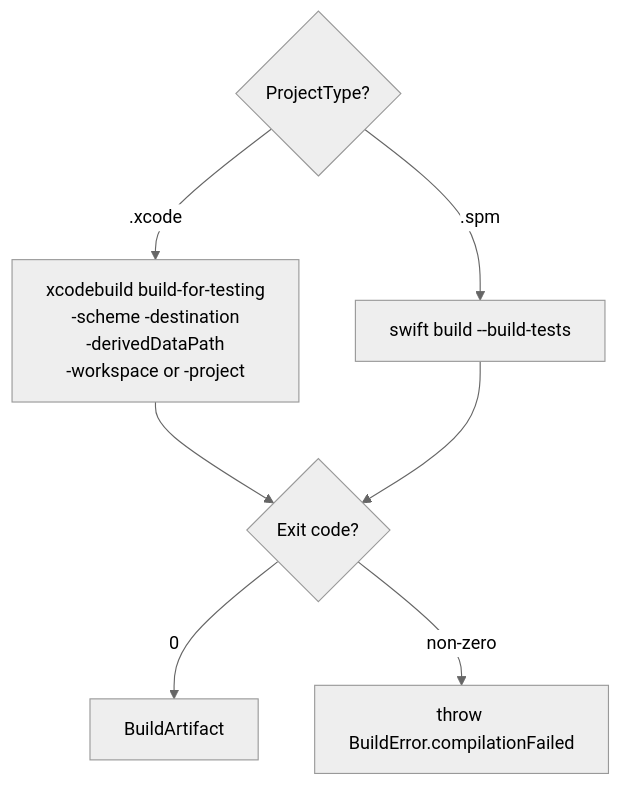
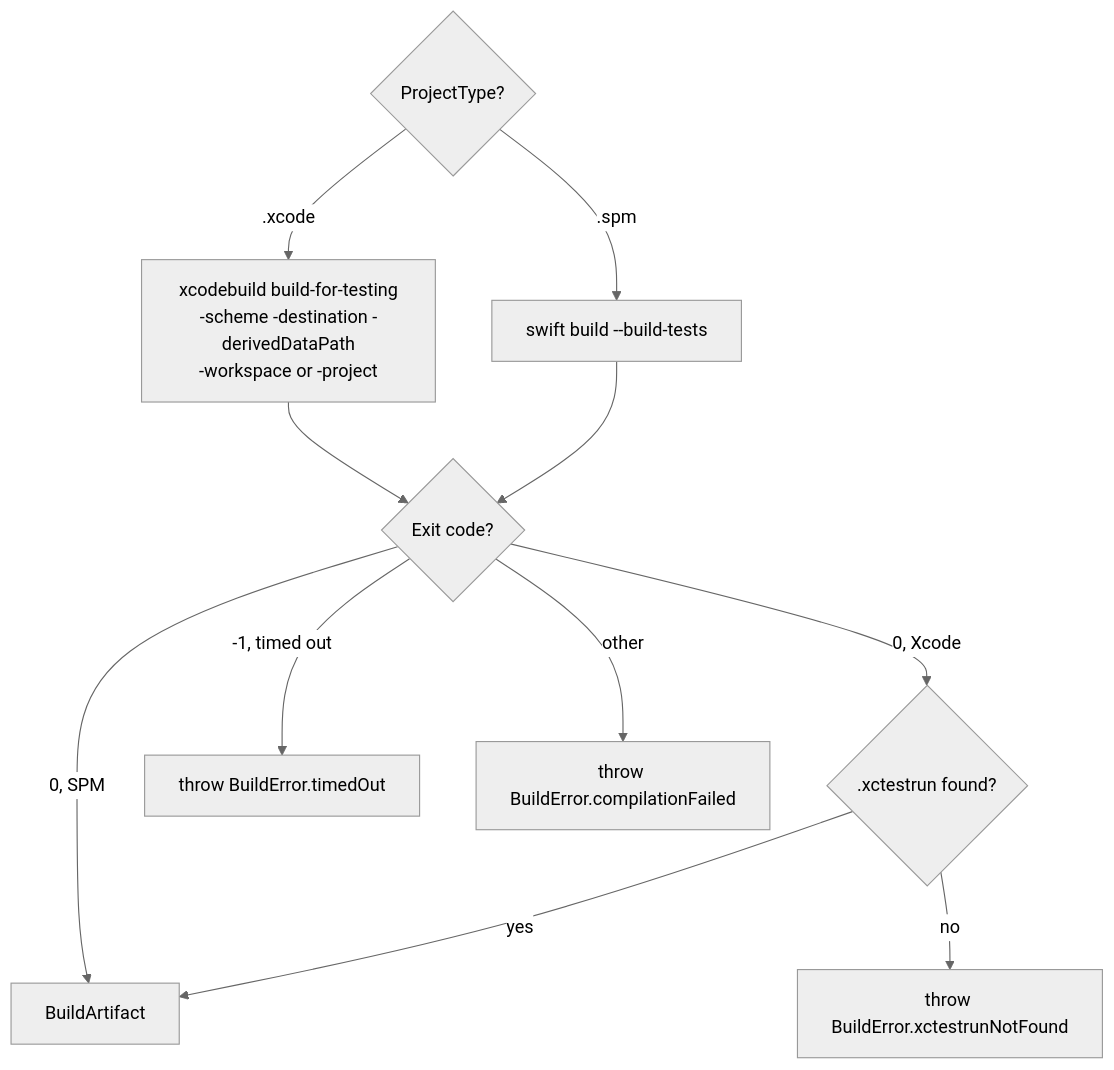
Before and after one commit to ericodx/swift-mutation-testing: the second of 6 diagrams in Docs/Architecture/03-execution.md, drawn with Mermaid (neutral theme). The commit also changed other lines of this file and 6 other files, not shown here.

Commit message:
docs: rewrite the architecture pages around the current commands, layers, warm Xcode path and configuration keys

````diff
--- a/Docs/Architecture/03-execution.md
+++ b/Docs/Architecture/03-execution.md
@@ -79,10 +82,14 @@
 ```mermaid
 flowchart TD
     A{ProjectType?}
-    A -- .xcode --> B[xcodebuild build-for-testing\n-scheme -destination\n-derivedDataPath\n-workspace or -project]
-    A -- .spm --> C[swift build --build-tests]
+    A -- .xcode --> B["xcodebuild build-for-testing\n-scheme -destination -derivedDataPath\n-workspace or -project"]
+    A -- .spm --> C["swift build --build-tests"]
     B --> D{Exit code?}
     C --> D
-    D -- 0 --> E[BuildArtifact]
-    D -- non-zero --> F[throw BuildError.compilationFailed]
+    D -- "0, SPM" --> E[BuildArtifact]
+    D -- "0, Xcode" --> X{".xctestrun found?"}
+    X -- yes --> E
+    X -- no --> XN[throw BuildError.xctestrunNotFound]
+    D -- "-1, timed out" --> T[throw BuildError.timedOut]
+    D -- other --> F[throw BuildError.compilationFailed]
 ```
````
